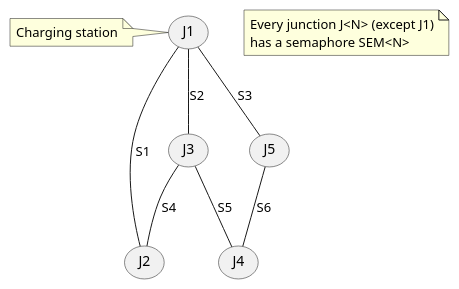
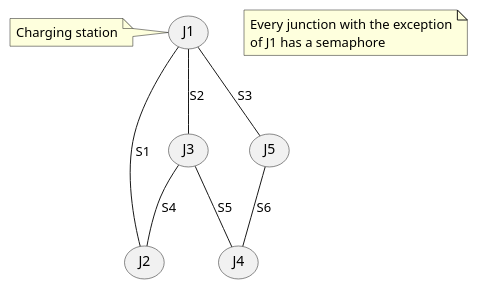
The diagram in doc/diagrams/src/streets-graph.puml (Ventus218/SAP-assignment-03), drawn with PlantUML before and after one commit. The commit also changed 7 other files, not shown here.

```diff
--- a/doc/diagrams/src/streets-graph.puml
+++ b/doc/diagrams/src/streets-graph.puml
@@ -1,22 +1,22 @@
 @startuml streets-graph
 
 
 (J1) -- (J2) : "S1"
 (J1) -- (J3) : "S2"
 (J1) -- (J5) : "S3"
 
 (J3) -- (J2) : "S4"
 (J3) -- (J4) : "S5"
 
 (J5) -- (J4) : "S6"
 
 note left of (J1)
     Charging station
 end note
 
 note as N
-    Every junction J<N> (except J1)
-    has a semaphore SEM<N>
+    Every junction with the exception
+    of J1 has a semaphore
 end note
 
 @enduml
```
